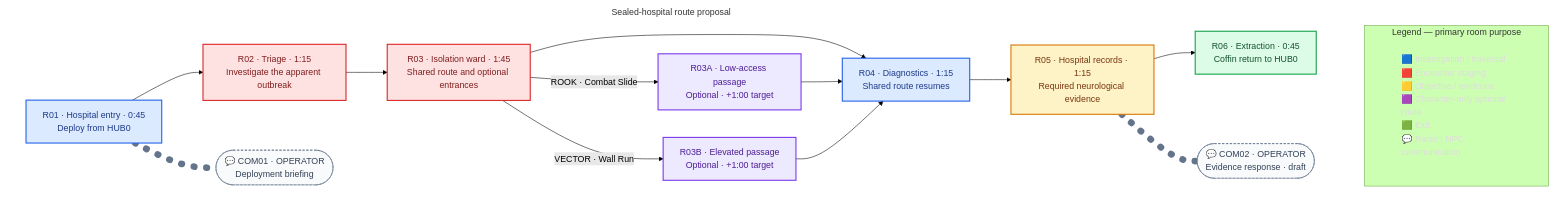
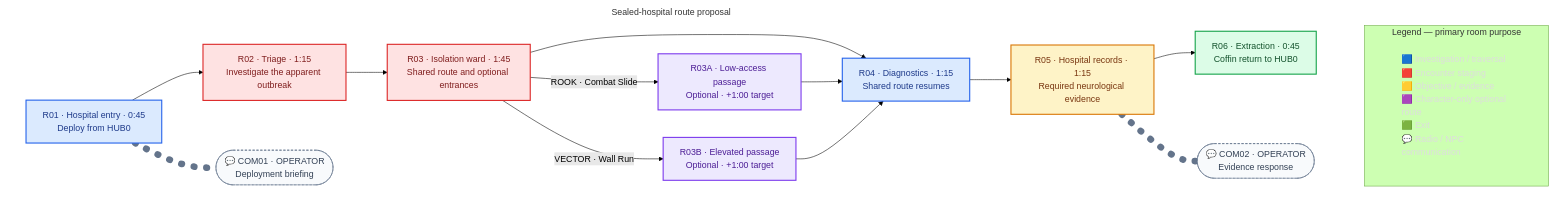
One commit to justgook/imprint-zero changed the diagram in missions/m02.md. Above: the diagram before and after it, drawn with Mermaid (forest theme). The commit also changed other lines of this file and 12 other files, not shown here.

Commit message:
📝(m02): author evidence response variants

````diff
--- a/missions/m02.md
+++ b/missions/m02.md
@@ -55,41 +55,41 @@
 ```mermaid
 flowchart TB
     subgraph Legend[Legend — primary room purpose]
         L["🟦 Investigation / traversal<br/>🟥 Encounter staging<br/>🟨 Objective / evidence<br/>🟪 Character-only optional route<br/>🟩 Exit<br/>💬 Radio / NPC communication"]
     end
 
     subgraph Route[Sealed-hospital route proposal]
         direction LR
         R01["R01 · Hospital entry · 0:45<br/>Deploy from HUB0"] --> R02["R02 · Triage · 1:15<br/>Investigate the apparent outbreak"]
         R02 --> R03["R03 · Isolation ward · 1:45<br/>Shared route and optional entrances"]
         R03 --> R04["R04 · Diagnostics · 1:15<br/>Shared route resumes"]
         R04 --> R05["R05 · Hospital records · 1:15<br/>Required neurological evidence"]
         R05 --> R06["R06 · Extraction · 0:45<br/>Coffin return to HUB0"]
 
         R03 -->|ROOK · Combat Slide| R03A["R03A · Low-access passage<br/>Optional · +1:00 target"]
         R03A --> R04
         R03 -->|VECTOR · Wall Run| R03B["R03B · Elevated passage<br/>Optional · +1:00 target"]
         R03B --> R04
 
         R01 -.- COM01(["💬 COM01 · OPERATOR<br/>Deployment briefing"])
-        R05 -.- COM02(["💬 COM02 · OPERATOR<br/>Evidence response · draft"])
+        R05 -.- COM02(["💬 COM02 · OPERATOR<br/>Evidence response"])
     end
 
     classDef investigation fill:#dbeafe,stroke:#2563eb,color:#1e3a8a,stroke-width:2px;
     classDef encounter fill:#fee2e2,stroke:#dc2626,color:#7f1d1d,stroke-width:2px;
     classDef objective fill:#fef3c7,stroke:#d97706,color:#78350f,stroke-width:2px;
     classDef optional fill:#ede9fe,stroke:#7c3aed,color:#4c1d95,stroke-width:2px;
     classDef exit fill:#dcfce7,stroke:#16a34a,color:#14532d,stroke-width:2px;
     classDef communication fill:#f8fafc,stroke:#64748b,color:#334155,stroke-width:1px,stroke-dasharray:4 3;
     classDef legend fill:none,stroke:none,color:#ddd,text-align:left;
 
     class R01,R04 investigation;
     class R02,R03 encounter;
     class R05 objective;
     class R06 exit;
     class R03A,R03B optional;
     class COM01,COM02 communication;
     class L legend;
     linkStyle 9,10 stroke:#64748b,stroke-width:12px,stroke-dasharray:1 22,stroke-linecap:round;
     style Route fill:none,stroke:none;
 ```
````
